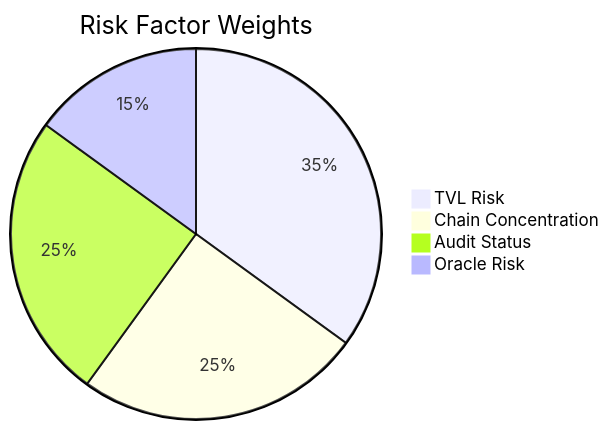
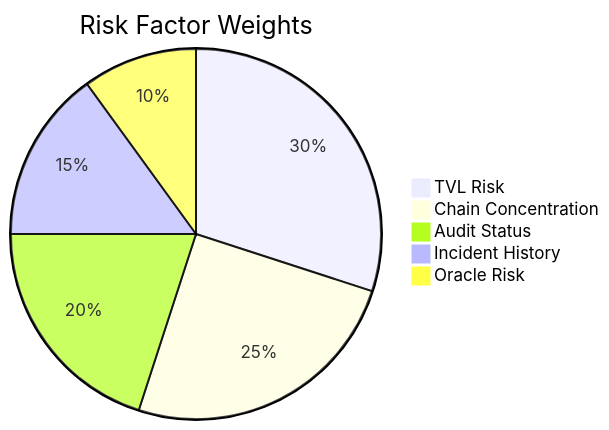
Before and after one commit to Ricoledan/defi-risk-agent: the fourth of 6 diagrams in README.md, drawn with Mermaid. The commit also changed other lines of this file, not shown here.

First line of the commit message:
Update README to reflect current 5-factor risk model and new integrations

````diff
--- a/README.md
+++ b/README.md
@@ -138,7 +147,8 @@
 ```mermaid
 pie title Risk Factor Weights
-    "TVL Risk" : 35
+    "TVL Risk" : 30
     "Chain Concentration" : 25
-    "Audit Status" : 25
-    "Oracle Risk" : 15
+    "Audit Status" : 20
+    "Incident History" : 15
+    "Oracle Risk" : 10
 ```
````
